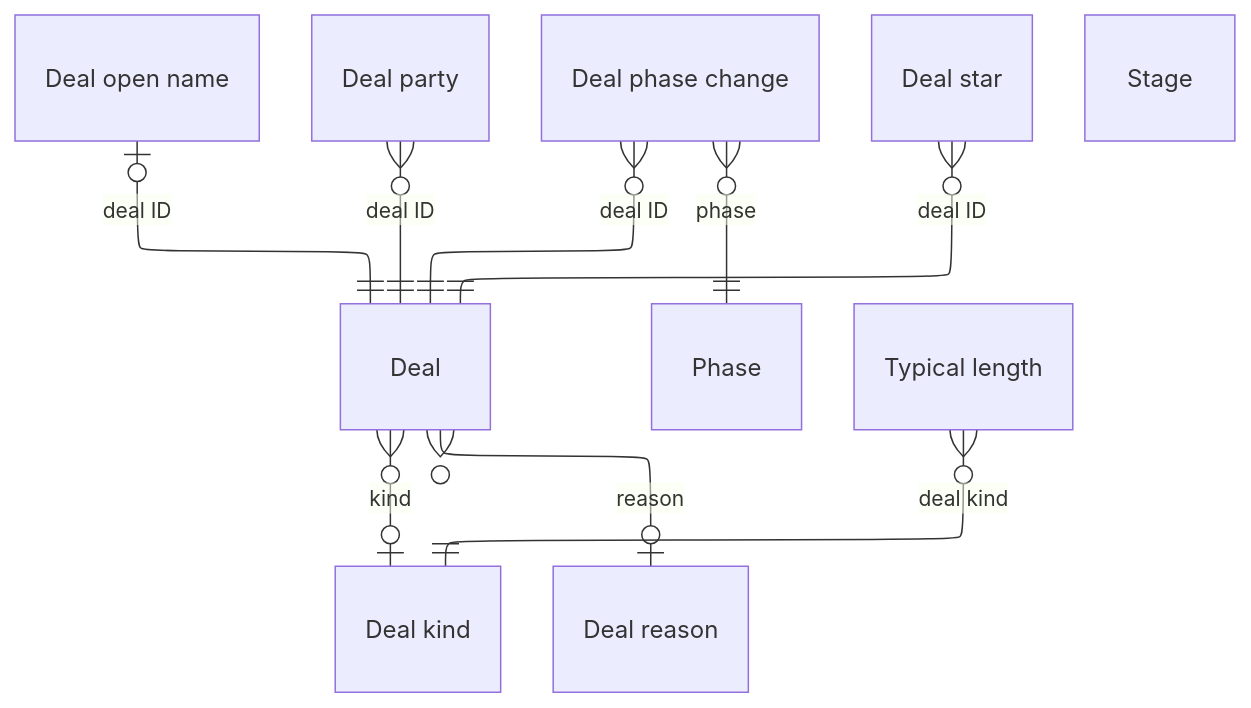
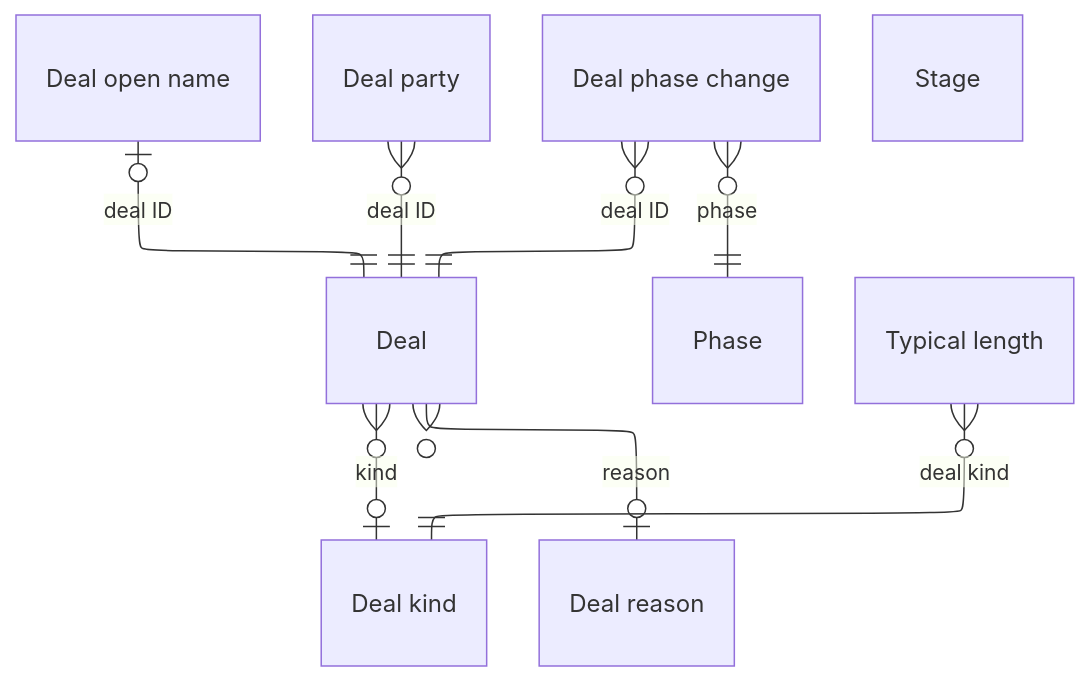
One commit to DoctorCRE/doctorcre-engine changed the diagram in docs/database/tables/viewpoint-deals.md. Above: the diagram before and after it, drawn with Mermaid. The commit also changed other lines of this file and 14 other files, not shown here.

````diff
--- a/docs/database/tables/viewpoint-deals.md
+++ b/docs/database/tables/viewpoint-deals.md
@@ -3,28 +3,26 @@
 ```mermaid
 ---
 config:
   layout: elk
   er:
     nodeSpacing: 22
     rankSpacing: 44
 ---
 erDiagram
   "Deal"
   "Deal kind"
   "Deal open name"
   "Deal party"
   "Deal phase change"
   "Deal reason"
-  "Deal star"
   "Phase"
   "Stage"
   "Typical length"
   "Deal" }o--o| "Deal kind" : "kind"
   "Deal" }o--o| "Deal reason" : "reason"
   "Deal open name" |o--|| "Deal" : "deal ID"
   "Deal party" }o--|| "Deal" : "deal ID"
   "Deal phase change" }o--|| "Deal" : "deal ID"
   "Deal phase change" }o--|| "Phase" : "phase"
-  "Deal star" }o--|| "Deal" : "deal ID"
   "Typical length" }o--|| "Deal kind" : "deal kind"
 ```
````
